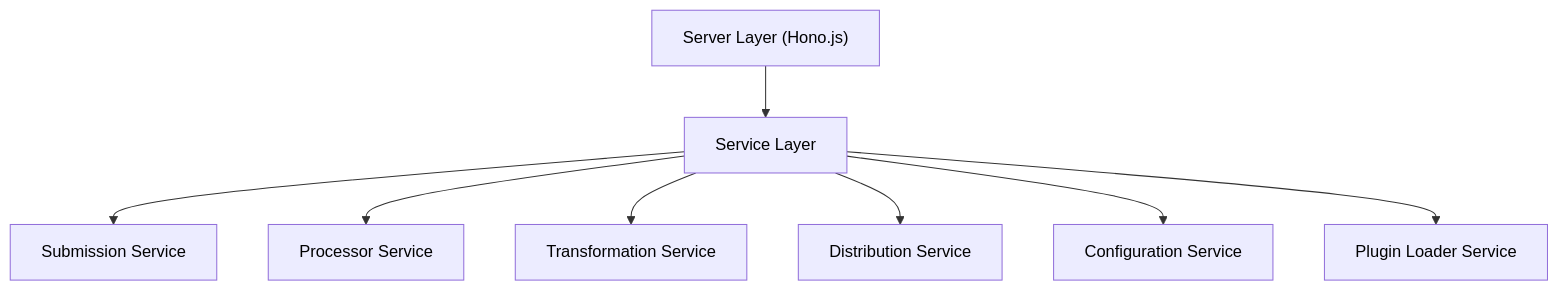
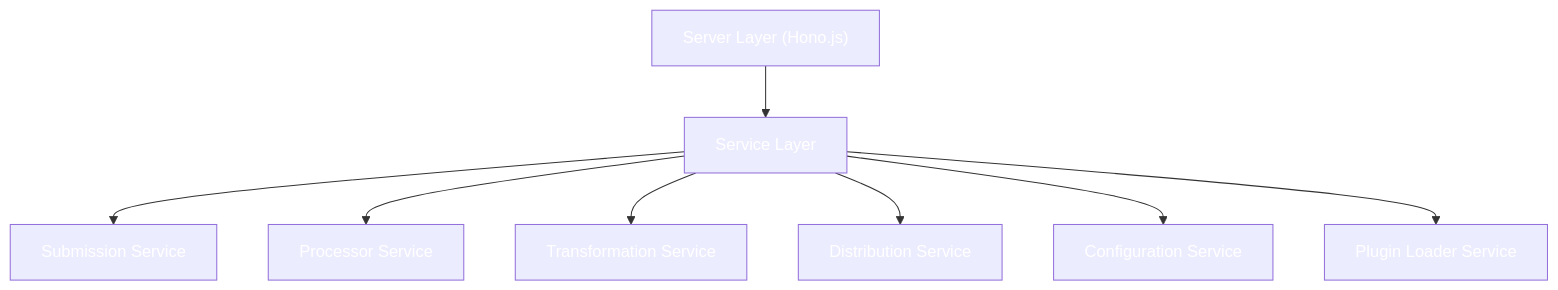
Before and after one commit to PotLock/curatedotfun: the diagram in backend/README.md, drawn with Mermaid.

Commit message:
use white

````diff
--- a/backend/README.md
+++ b/backend/README.md
@@ -44,19 +44,19 @@
 ```mermaid
 graph TD
     Server["Server Layer (Hono.js)"] --> Services["Service Layer"]
     Services --> SubmissionService["Submission Service"]
     Services --> ProcessorService["Processor Service"]
     Services --> TransformationService["Transformation Service"]
     Services --> DistributionService["Distribution Service"]
     Services --> ConfigService["Configuration Service"]
     Services --> PluginLoader["Plugin Loader Service"]
     
-    style Server color:black
-    style Services color:black
-    style SubmissionService color:black
-    style ProcessorService color:black
-    style TransformationService color:black
-    style DistributionService color:black
-    style ConfigService color:black
-    style PluginLoader color:black
+    style Server color:white
+    style Services color:white
+    style SubmissionService color:white
+    style ProcessorService color:white
+    style TransformationService color:white
+    style DistributionService color:white
+    style ConfigService color:white
+    style PluginLoader color:white
 ```
````
